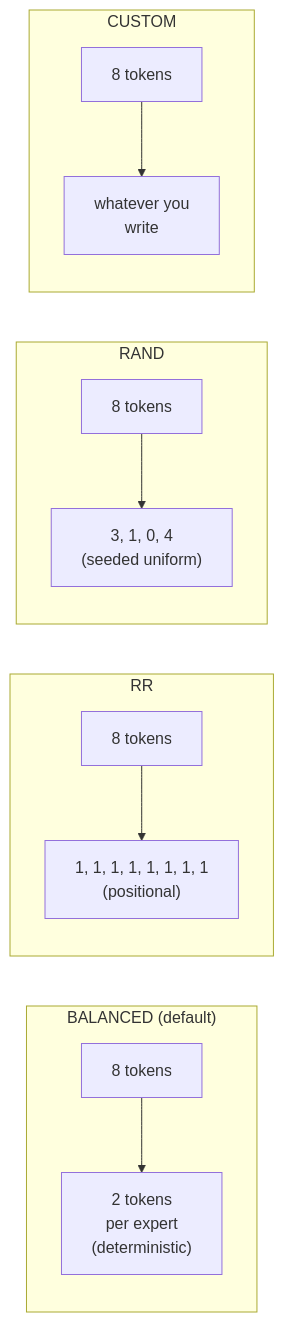
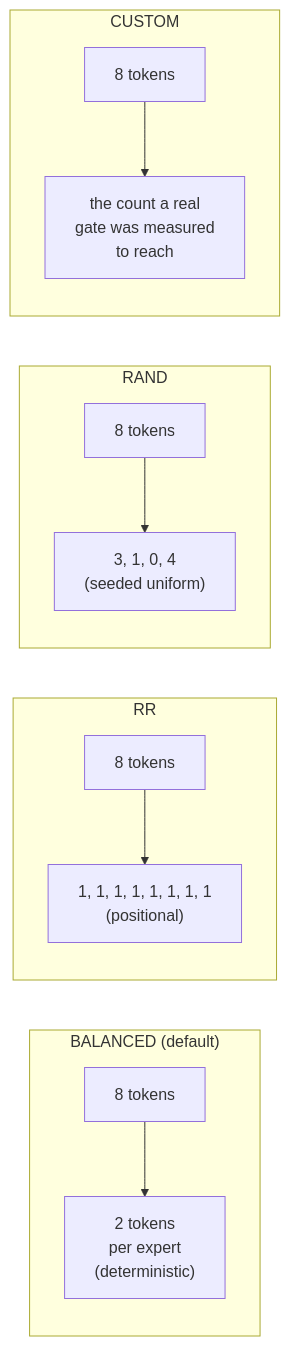
Before and after one commit to casys-kaist/LLMServingSim: the diagram in docs/docs/simulator/moe-expert-routing.md, drawn with Mermaid. The commit also changed other lines of this file and 8 other files, not shown here.

````diff
--- a/docs/docs/simulator/moe-expert-routing.md
+++ b/docs/docs/simulator/moe-expert-routing.md
@@ -44,15 +44,15 @@
 ```mermaid
 flowchart LR
     subgraph BAL["BALANCED (default)"]
         TB["8 tokens"] --> ASB["2 tokens<br/>per expert<br/>(deterministic)"]
     end
     subgraph RR["RR"]
         TR["8 tokens"] --> ASR["1, 1, 1, 1, 1, 1, 1, 1<br/>(positional)"]
     end
     subgraph RND["RAND"]
         TN["8 tokens"] --> ASN["3, 1, 0, 4<br/>(seeded uniform)"]
     end
     subgraph CST["CUSTOM"]
-        TC["8 tokens"] --> ASC["whatever you<br/>write"]
+        TC["8 tokens"] --> ASC["the count a real<br/>gate was measured<br/>to reach"]
     end
 ```
````
